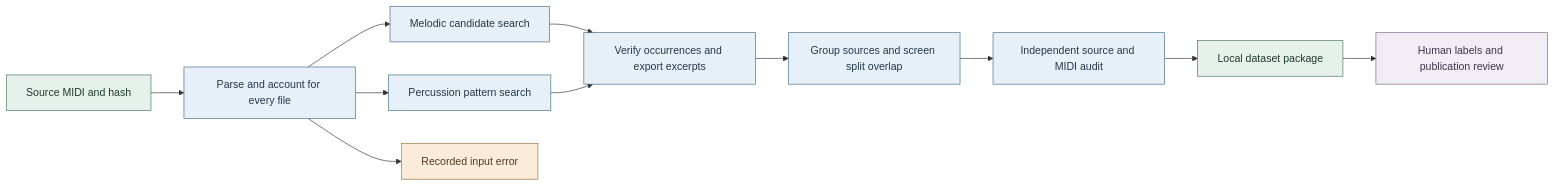
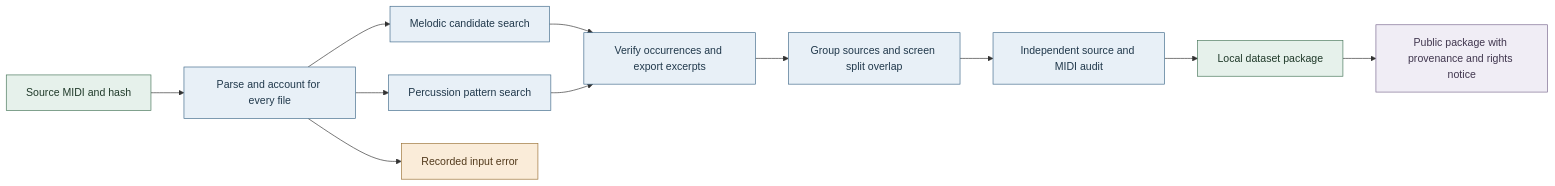
One commit to AlgoritmiNarvik/SaMuGeD-Algoritmi-DrDreSamplerAI-2024 changed the diagram in docs/research/README.md. Above: the diagram before and after it, drawn with Mermaid. The commit also changed other lines of this file and 31 other files, not shown here.

````diff
--- a/docs/research/README.md
+++ b/docs/research/README.md
@@ -37,17 +39,17 @@
 ```mermaid
 flowchart LR
     S[Source MIDI and hash]:::data --> P[Parse and account for every file]:::action
     P --> M[Melodic candidate search]:::action
     P --> D[Percussion pattern search]:::action
     P --> E[Recorded input error]:::limited
     M --> V[Verify occurrences and export excerpts]:::action
     D --> V
     V --> G[Group sources and screen split overlap]:::action
     G --> A[Independent source and MIDI audit]:::action
     A --> L[Local dataset package]:::data
-    L --> H[Human labels and publication review]:::future
+    L --> H[Public package with provenance and rights notice]:::future
     classDef data fill:#e6f1eb,stroke:#47765a,color:#203a2a;
     classDef action fill:#e8f0f7,stroke:#426b8b,color:#20384b;
     classDef limited fill:#faecd9,stroke:#9b7136,color:#523a1c;
     classDef future fill:#f0edf5,stroke:#7b698f,color:#40364e;
 ```
````
